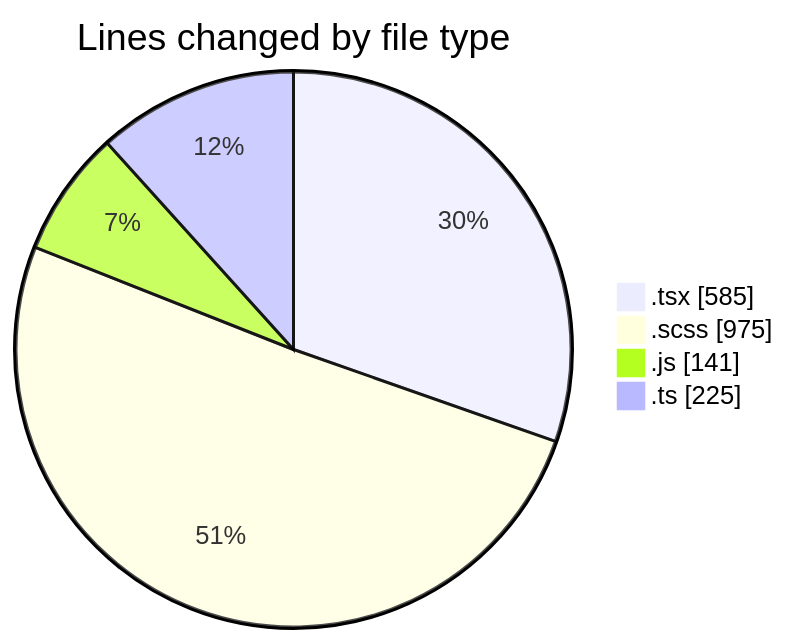
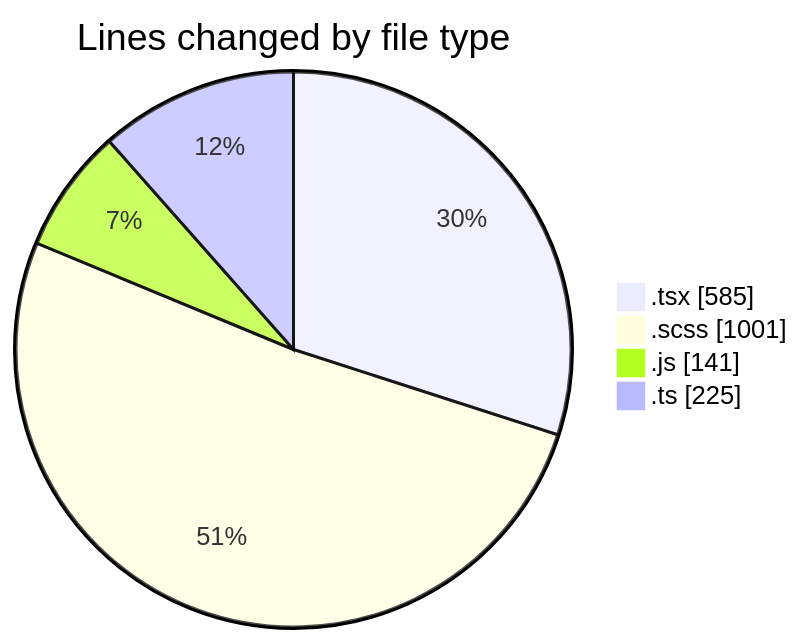
Before and after one commit to momahboobian/code-tracking: the first of 2 diagrams in 2026-03-25/cda/README.md, drawn with Mermaid. The commit also changed other lines of this file and 1 other file, not shown here.

````diff
--- a/2026-03-25/cda/README.md
+++ b/2026-03-25/cda/README.md
@@ -23,8 +23,8 @@
 ```mermaid
 pie showData
 title Lines changed by file type
 ".tsx" : 585
-".scss" : 975
+".scss" : 1001
 ".js" : 141
 ".ts" : 225
 ```
````
